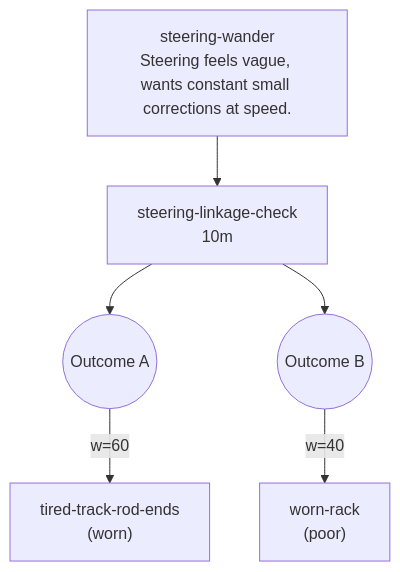
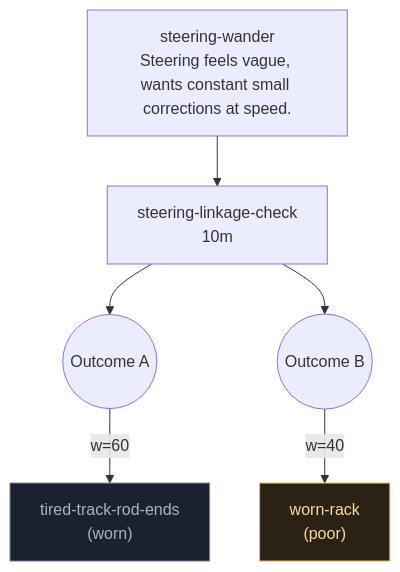
One commit to DashDev151/midnight_garage changed diagram 17 of 17 in docs/design/failure-map.generated.md. Above: the diagram before and after it, drawn with Mermaid. The commit also changed other lines of this file and 24 other files, not shown here.

````diff
--- a/docs/design/failure-map.generated.md
+++ b/docs/design/failure-map.generated.md
@@ -598,12 +631,16 @@
 ```mermaid
 flowchart TD
   SYM_steering_wander["steering-wander<br/>Steering feels vague, wants constant small corrections at speed."]
   T_steering_linkage_check["steering-linkage-check<br/>10m"]
   SYM_steering_wander --> T_steering_linkage_check
   T_steering_linkage_check --> T_steering_linkage_check_G0(("Outcome A"))
-  FM_tired_track_rod_ends["tired-track-rod-ends<br/>(worn)"]
+  FM_tired_track_rod_ends["tired-track-rod-ends<br/>(worn)"]:::mild
   T_steering_linkage_check_G0 -->|"w=60"| FM_tired_track_rod_ends
   T_steering_linkage_check --> T_steering_linkage_check_G1(("Outcome B"))
-  FM_worn_rack["worn-rack<br/>(poor)"]
+  FM_worn_rack["worn-rack<br/>(poor)"]:::mid
   T_steering_linkage_check_G1 -->|"w=40"| FM_worn_rack
+  classDef grenade fill:#2a1420,stroke:#ff5470,color:#ff9db0
+  classDef gem fill:#14261b,stroke:#7ed491,color:#a9e8bb
+  classDef mid fill:#2a2214,stroke:#ffb454,color:#ffd8a1
+  classDef mild fill:#1b2130,stroke:#79839a,color:#aab3c5
 ```
````
